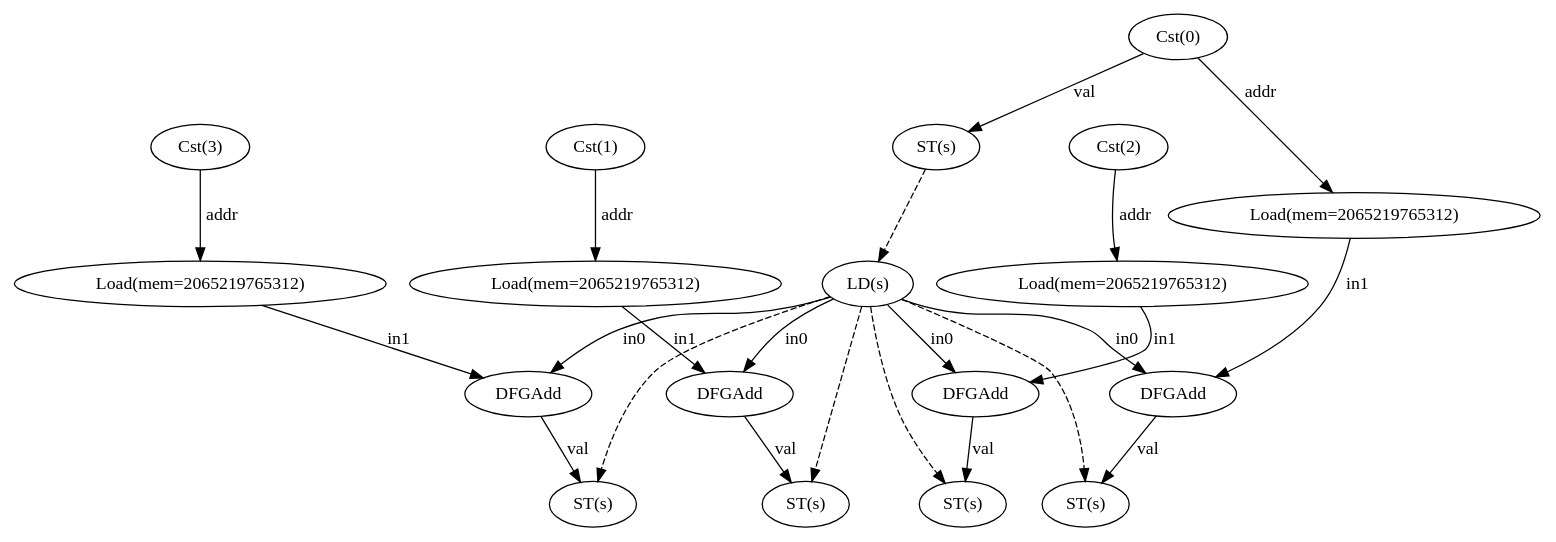
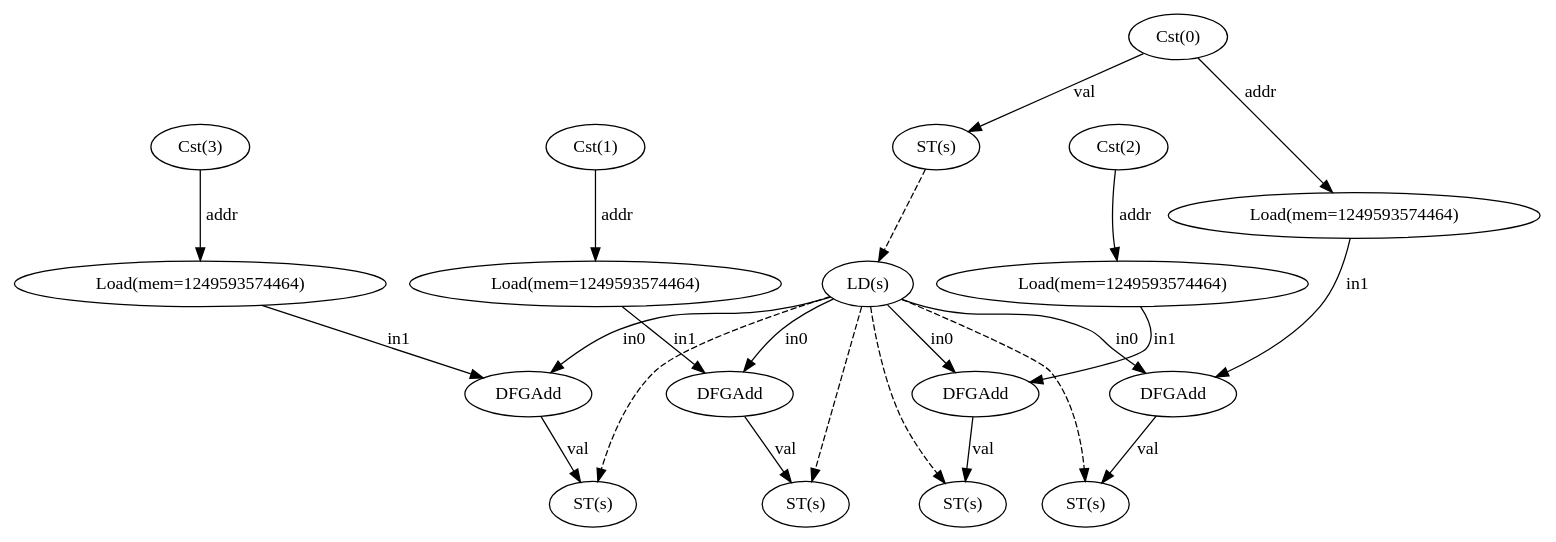
The diagram in test22/dfg.dot (ma-carrillo/High-level-synthesis-assignment), drawn with Graphviz before and after one commit. The commit also changed 15 other files, not shown here.

```diff
--- a/test22/dfg.dot
+++ b/test22/dfg.dot
@@ -1,42 +1,42 @@
 digraph "dfg" {
   n0 [label="Cst(0)"];
   n1 [label="ST(s)"];
   n2 [label="LD(s)"];
-  n3 [label="Load(mem=2065219765312)"];
+  n3 [label="Load(mem=1249593574464)"];
   n4 [label="DFGAdd"];
   n5 [label="ST(s)"];
   n7 [label="Cst(1)"];
-  n8 [label="Load(mem=2065219765312)"];
+  n8 [label="Load(mem=1249593574464)"];
   n9 [label="DFGAdd"];
   n10 [label="ST(s)"];
   n12 [label="Cst(2)"];
-  n13 [label="Load(mem=2065219765312)"];
+  n13 [label="Load(mem=1249593574464)"];
   n14 [label="DFGAdd"];
   n15 [label="ST(s)"];
   n17 [label="Cst(3)"];
-  n18 [label="Load(mem=2065219765312)"];
+  n18 [label="Load(mem=1249593574464)"];
   n19 [label="DFGAdd"];
   n20 [label="ST(s)"];
   n0 -> n1 [label="val"];
   n0 -> n3 [label="addr"];
   n1 -> n2 [style="dashed"];
   n2 -> n4 [label="in0"];
   n2 -> n5 [style="dashed"];
   n2 -> n9 [label="in0"];
   n2 -> n10 [style="dashed"];
   n2 -> n14 [label="in0"];
   n2 -> n15 [style="dashed"];
   n2 -> n19 [label="in0"];
   n2 -> n20 [style="dashed"];
   n3 -> n4 [label="in1"];
   n4 -> n5 [label="val"];
   n7 -> n8 [label="addr"];
   n8 -> n9 [label="in1"];
   n9 -> n10 [label="val"];
   n12 -> n13 [label="addr"];
   n13 -> n14 [label="in1"];
   n14 -> n15 [label="val"];
   n17 -> n18 [label="addr"];
   n18 -> n19 [label="in1"];
   n19 -> n20 [label="val"];
 }
```
